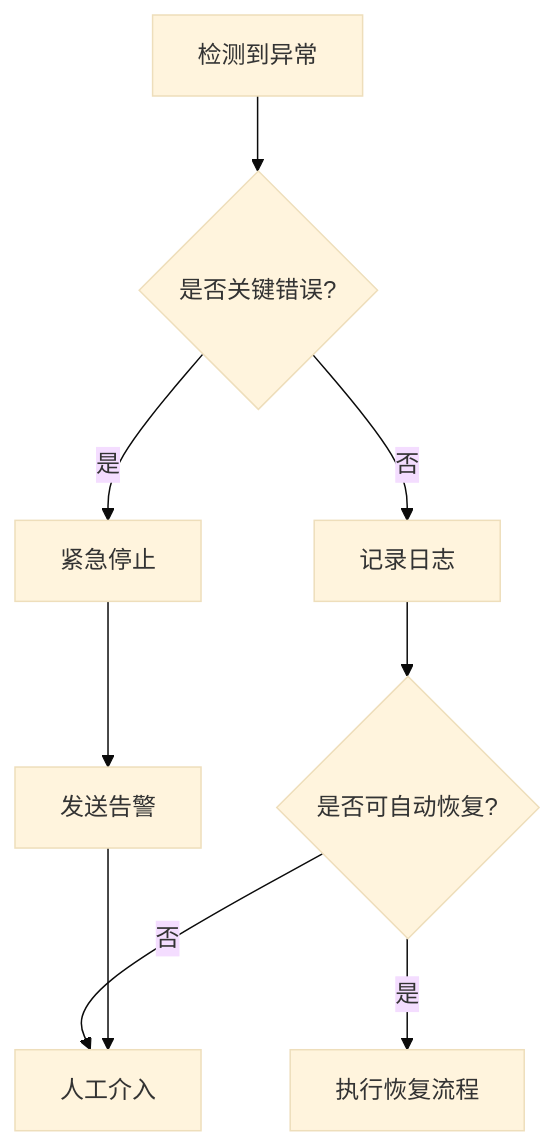
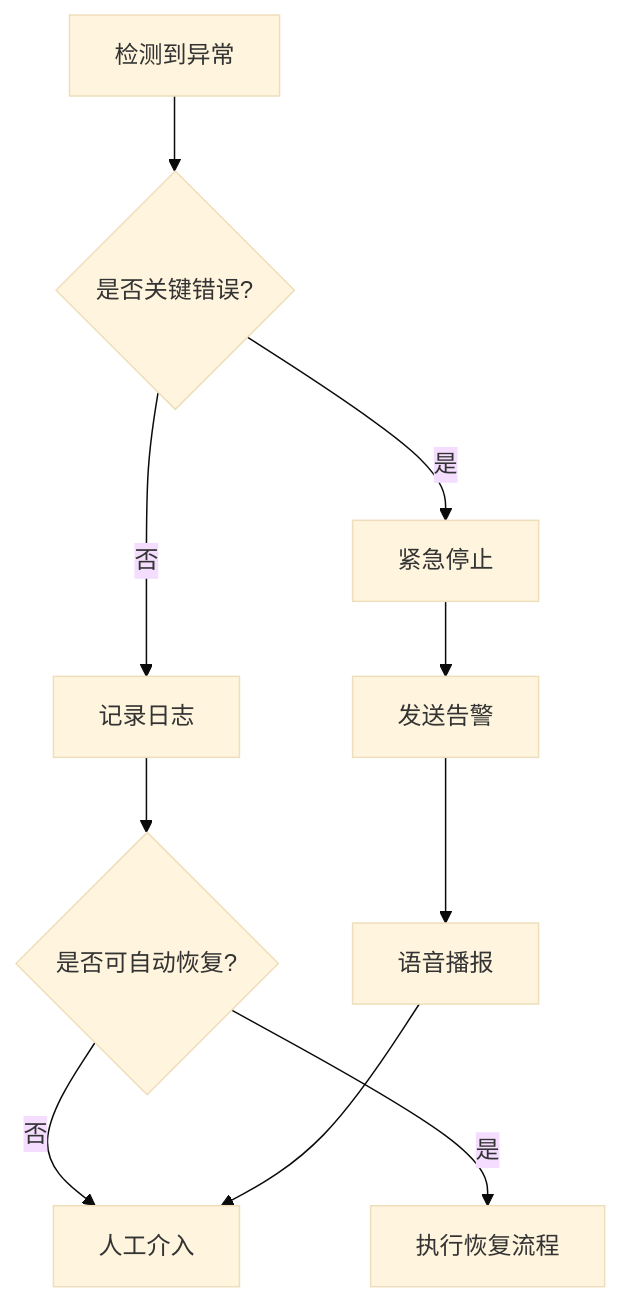
One commit to wsxq2/epoxybot changed diagram 15 of 15 in docs/03_系统架构设计.md. Above: the diagram before and after it, drawn with Mermaid (base theme). The commit also changed other lines of this file and 4 other files, not shown here.

````diff
--- a/docs/03_系统架构设计.md
+++ b/docs/03_系统架构设计.md
@@ -870,11 +977,12 @@
 ```mermaid
 graph TB
     A[检测到异常] --> B{是否关键错误?}
     B -->|是| C[紧急停止]
     B -->|否| D[记录日志]
     C --> E[发送告警]
     D --> F{是否可自动恢复?}
     F -->|是| G[执行恢复流程]
     F -->|否| H[人工介入]
-    E --> H
+    E --> I[语音播报]
+    I --> H
 ```
````
